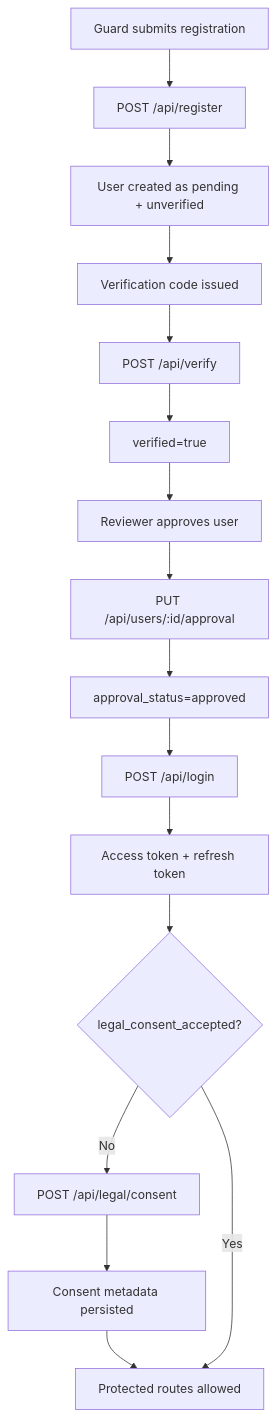
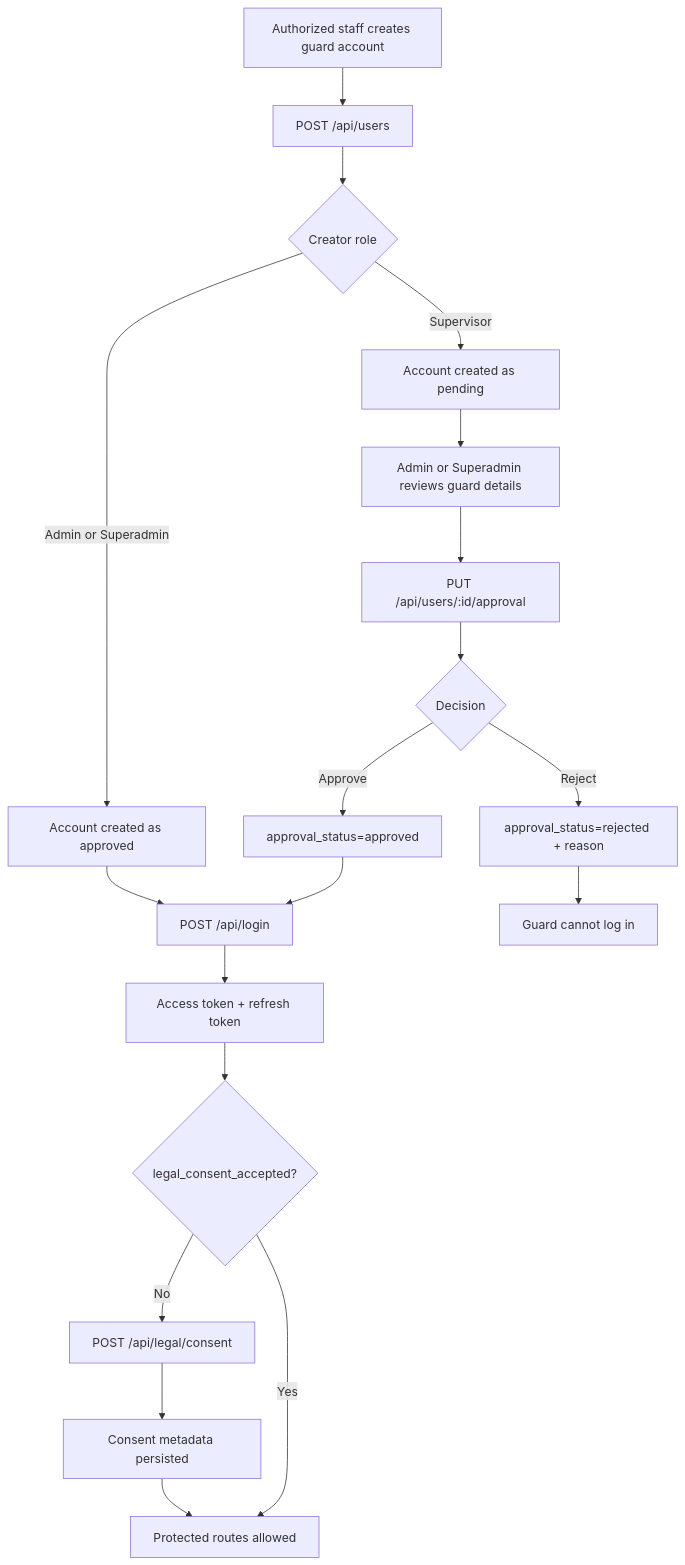
The first of 4 diagrams in SYSTEM_FLOW_DIAGRAMS.md (dwaytu/Capstone-Main), drawn with Mermaid before and after one commit. The commit also changed other lines of this file and 5 other files, not shown here.

Commit message:
feat(permissions): remove supervisor approval for guard registration and update related logic

````diff
--- a/SYSTEM_FLOW_DIAGRAMS.md
+++ b/SYSTEM_FLOW_DIAGRAMS.md
@@ -7,18 +7,21 @@
 ```mermaid
 flowchart TD
-    A[Guard submits registration] --> B[POST /api/register]
-    B --> C[User created as pending + unverified]
-    C --> D[Verification code issued]
-    D --> E[POST /api/verify]
-    E --> F[verified=true]
-    F --> G[Reviewer approves user]
-    G --> H[PUT /api/users/:id/approval]
-    H --> I[approval_status=approved]
-    I --> J[POST /api/login]
-    J --> K[Access token + refresh token]
-    K --> L{legal_consent_accepted?}
-    L -- No --> M[POST /api/legal/consent]
-    M --> N[Consent metadata persisted]
-    N --> O[Protected routes allowed]
-    L -- Yes --> O
+    A[Authorized staff creates guard account] --> B[POST /api/users]
+    B --> C{Creator role}
+    C -- Supervisor --> D[Account created as pending]
+    C -- Admin or Superadmin --> E[Account created as approved]
+    D --> F[Admin or Superadmin reviews guard details]
+    F --> G[PUT /api/users/:id/approval]
+    G --> H{Decision}
+    H -- Approve --> I[approval_status=approved]
+    H -- Reject --> J[approval_status=rejected + reason]
+    E --> K[POST /api/login]
+    I --> K
+    J --> L[Guard cannot log in]
+    K --> M[Access token + refresh token]
+    M --> N{legal_consent_accepted?}
+    N -- No --> O[POST /api/legal/consent]
+    O --> P[Consent metadata persisted]
+    P --> Q[Protected routes allowed]
+    N -- Yes --> Q
 ```
````
